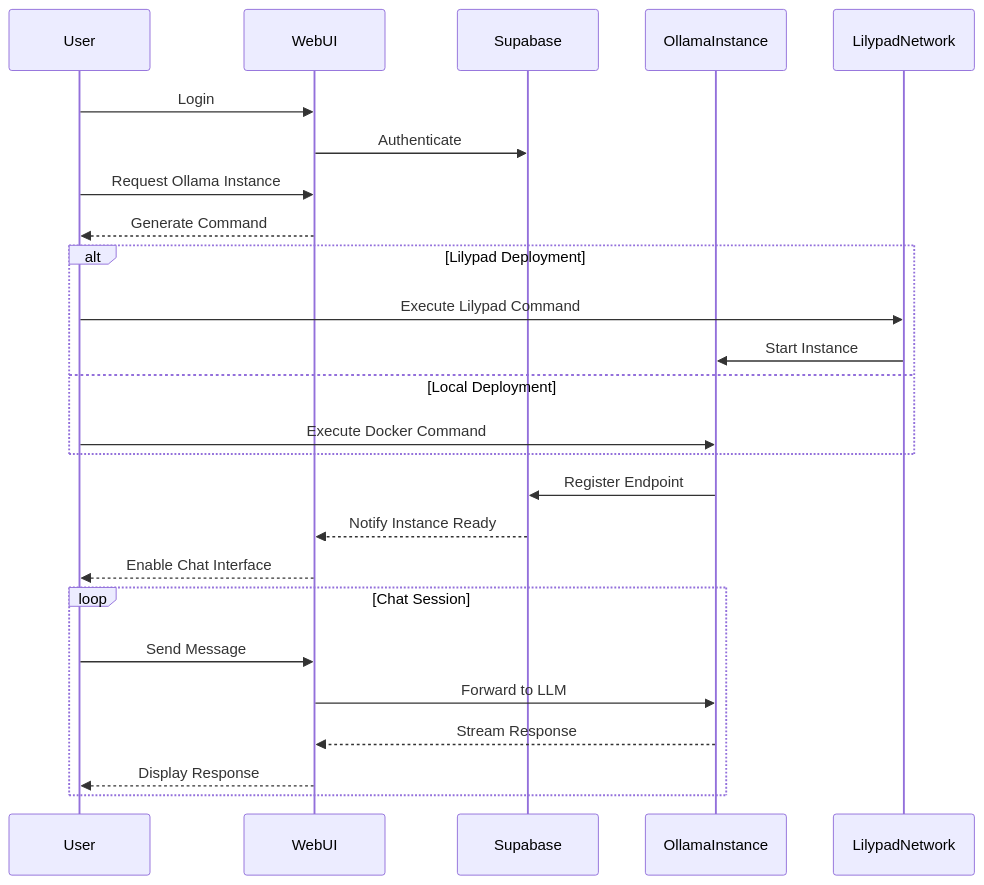
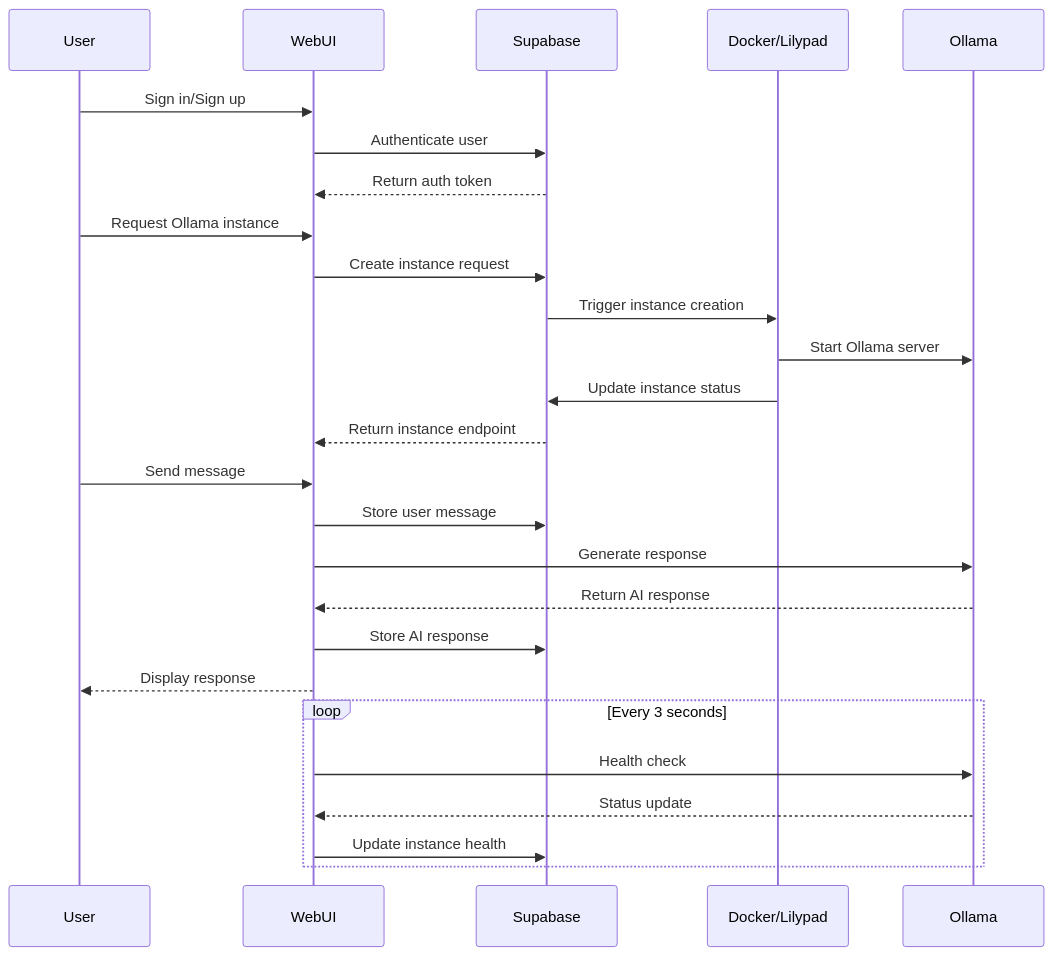
Before and after one commit to rhochmayr/ollama-cloudflared-webui: the diagram in README.md, drawn with Mermaid. The commit also changed other lines of this file and 14 other files, not shown here.

````diff
--- a/README.md
+++ b/README.md
@@ -91,31 +175,36 @@
 ```mermaid
 sequenceDiagram
     participant User
     participant WebUI
     participant Supabase
-    participant OllamaInstance
-    participant LilypadNetwork
+    participant Runner as Docker/Lilypad
+    participant Ollama
 
-    User->>WebUI: Login
-    WebUI->>Supabase: Authenticate
-    User->>WebUI: Request Ollama Instance
-    WebUI-->>User: Generate Command
-    
-    alt Lilypad Deployment
-        User->>LilypadNetwork: Execute Lilypad Command
-        LilypadNetwork->>OllamaInstance: Start Instance
-    else Local Deployment
-        User->>OllamaInstance: Execute Docker Command
-    end
+    %% Authentication Flow
+    User->>WebUI: Sign in/Sign up
+    WebUI->>Supabase: Authenticate user
+    Supabase-->>WebUI: Return auth token
 
-    OllamaInstance->>Supabase: Register Endpoint
-    Supabase-->>WebUI: Notify Instance Ready
-    WebUI-->>User: Enable Chat Interface
-    
-    loop Chat Session
-        User->>WebUI: Send Message
-        WebUI->>OllamaInstance: Forward to LLM
-        OllamaInstance-->>WebUI: Stream Response
-        WebUI-->>User: Display Response
+    %% Instance Request Flow
+    User->>WebUI: Request Ollama instance
+    WebUI->>Supabase: Create instance request
+    Supabase->>Runner: Trigger instance creation
+    Runner->>Ollama: Start Ollama server
+    Runner->>Supabase: Update instance status
+    Supabase-->>WebUI: Return instance endpoint
+
+    %% Chat Flow
+    User->>WebUI: Send message
+    WebUI->>Supabase: Store user message
+    WebUI->>Ollama: Generate response
+    Ollama-->>WebUI: Return AI response
+    WebUI->>Supabase: Store AI response
+    WebUI-->>User: Display response
+
+    %% Health Monitoring
+    loop Every 3 seconds
+        WebUI->>Ollama: Health check
+        Ollama-->>WebUI: Status update
+        WebUI->>Supabase: Update instance health
     end
 ```
````
